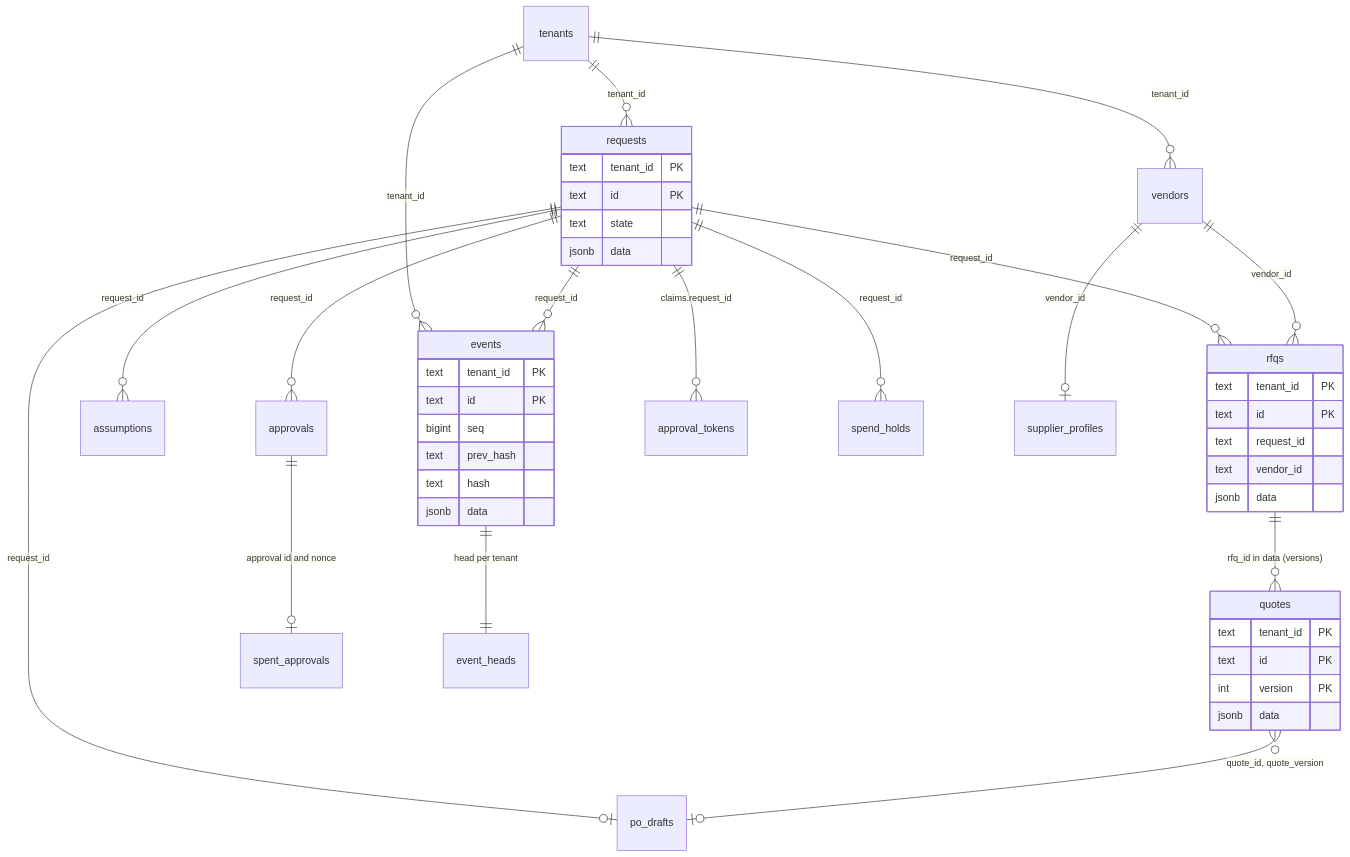
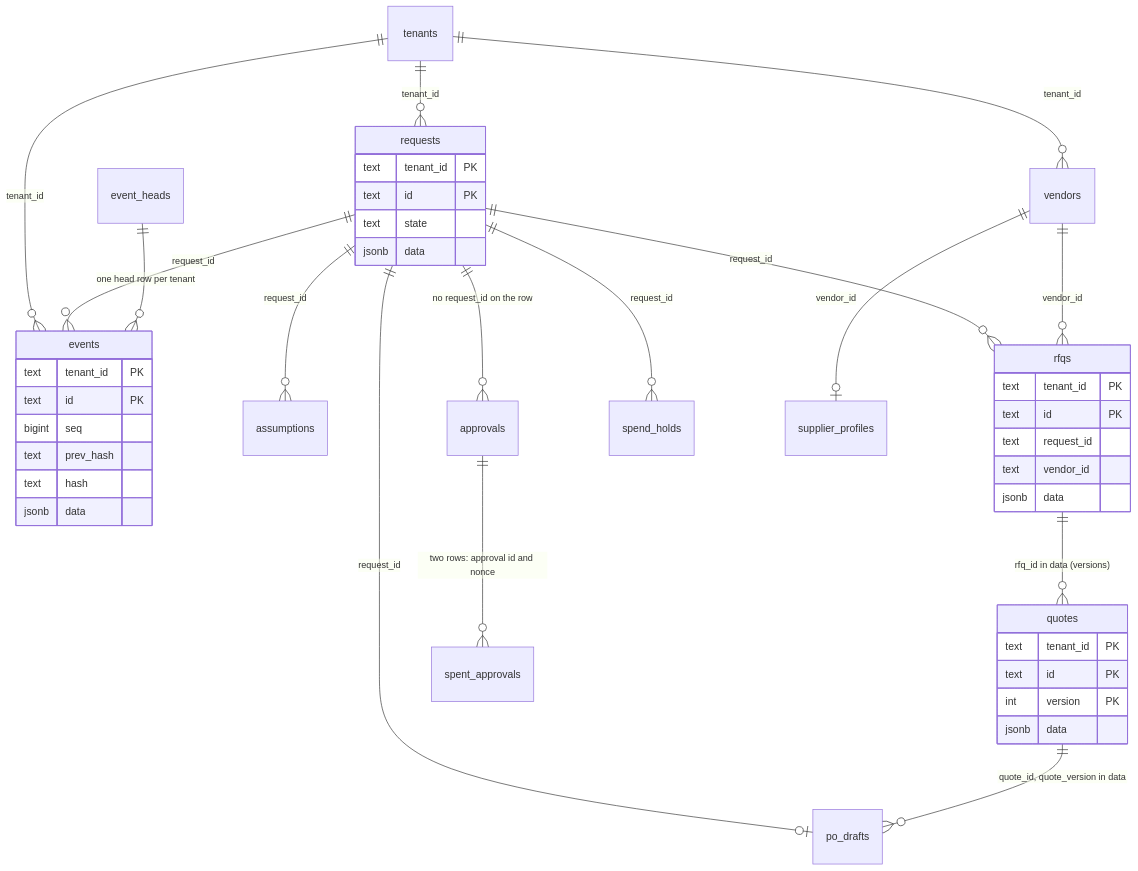
The first of 2 diagrams in docs/technical/03-data-model.md (emre-akarsu/ai-commerce-ideas), drawn with Mermaid before and after one commit. The commit also changed other lines of this file and 3 other files, not shown here.

First line of the commit message:
docs: correct the data model, quote engine, testing and extending pages after an independent fact-check

````diff
--- a/docs/technical/03-data-model.md
+++ b/docs/technical/03-data-model.md
@@ -20,46 +20,45 @@
 ```mermaid
 erDiagram
   tenants ||--o{ requests : "tenant_id"
   tenants ||--o{ vendors : "tenant_id"
   tenants ||--o{ events : "tenant_id"
   requests ||--o{ assumptions : "request_id"
   requests ||--o{ rfqs : "request_id"
   requests ||--o{ events : "request_id"
-  requests ||--o{ approvals : "request_id"
-  requests ||--o{ approval_tokens : "claims.request_id"
+  requests ||--o{ approvals : "no request_id on the row"
   requests ||--o| po_drafts : "request_id"
   requests ||--o{ spend_holds : "request_id"
   vendors ||--o| supplier_profiles : "vendor_id"
   vendors ||--o{ rfqs : "vendor_id"
   rfqs ||--o{ quotes : "rfq_id in data (versions)"
-  quotes }o--o| po_drafts : "quote_id, quote_version"
-  approvals ||--o| spent_approvals : "approval id and nonce"
-  events ||--|| event_heads : "head per tenant"
+  quotes ||--o{ po_drafts : "quote_id, quote_version in data"
+  approvals ||--o{ spent_approvals : "two rows: approval id and nonce"
+  event_heads ||--o{ events : "one head row per tenant"
   requests {
     text tenant_id PK
     text id PK
     text state
     jsonb data
   }
   rfqs {
     text tenant_id PK
     text id PK
     text request_id
     text vendor_id
     jsonb data
   }
   quotes {
     text tenant_id PK
     text id PK
     int version PK
     jsonb data
   }
   events {
     text tenant_id PK
     text id PK
     bigint seq
     text prev_hash
     text hash
     jsonb data
   }
 ```
````
